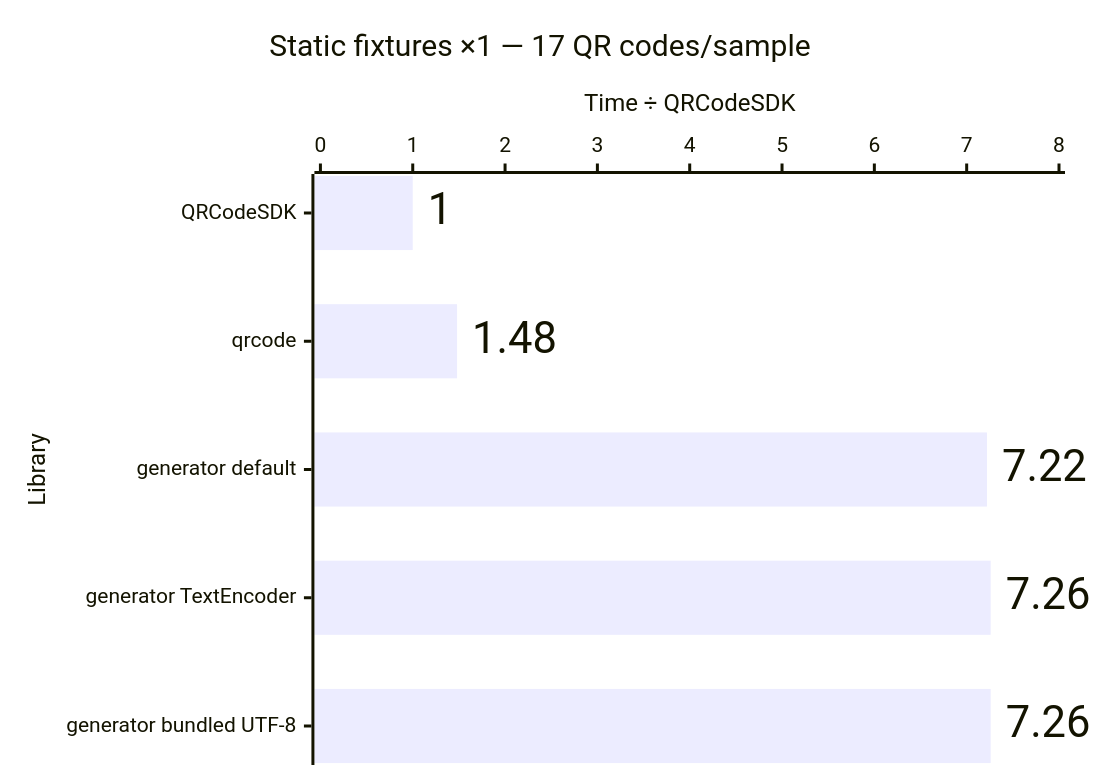
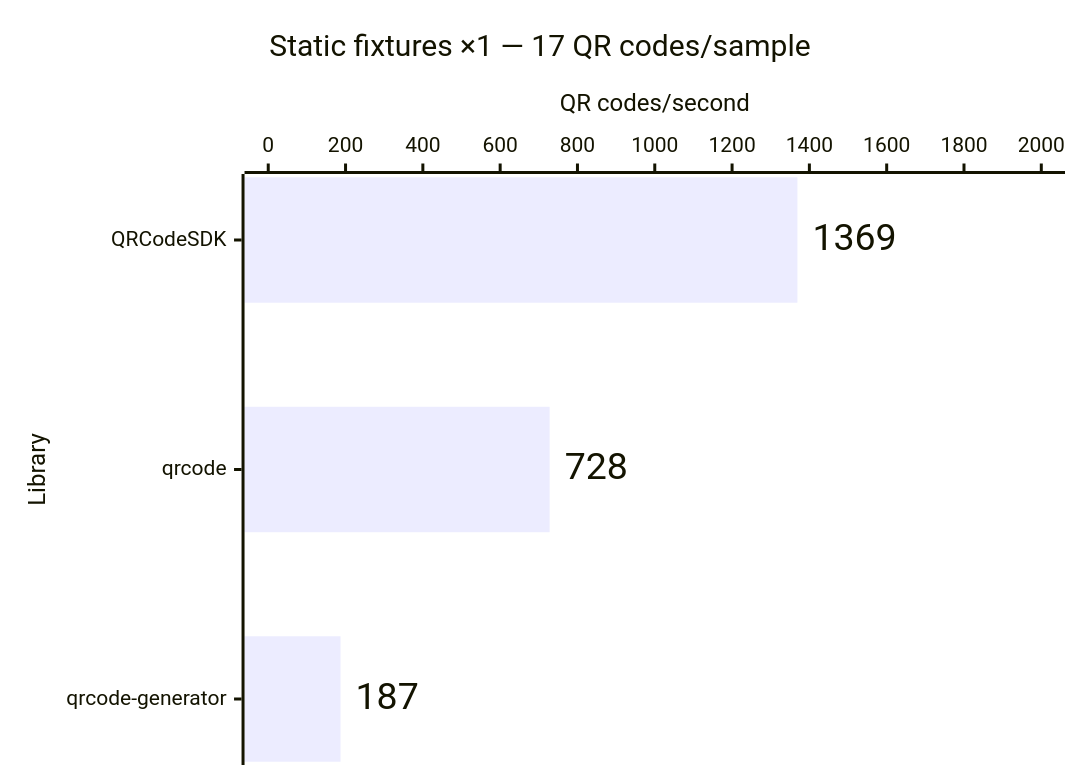
The fifth of 14 diagrams in apps/docs/src/content/docs/learn/performance.md (Dafnik/qrcodesdk), drawn with Mermaid before and after one commit. The commit also changed other lines of this file and 21 other files, not shown here.

````diff
--- a/apps/docs/src/content/docs/learn/performance.md
+++ b/apps/docs/src/content/docs/learn/performance.md
@@ -120,15 +115,15 @@
 ```mermaid
 ---
 config:
   xyChart:
     showDataLabel: true
     showDataLabelOutsideBar: true
 ---
 xychart horizontal
   accTitle: Automatic matrix generation: Static fixtures ×1 — 17 QR codes/sample
-  accDescr: Relative median time compared with QRCodeSDK. QRCodeSDK 1.00 times, qrcode 1.48 times, generator default 7.22 times, generator TextEncoder 7.26 times, generator bundled UTF-8 7.26 times. Lower is better.
+  accDescr: Throughput calculated from median time. QRCodeSDK 1,369 QR codes per second, qrcode 728 QR codes per second, qrcode-generator 187 QR codes per second. Higher is better.
   title "Static fixtures ×1 — 17 QR codes/sample"
-  x-axis "Library" ["QRCodeSDK", "qrcode", "generator default", "generator TextEncoder", "generator bundled UTF-8"]
-  y-axis "Time ÷ QRCodeSDK" 0 --> 8.0
-  bar [1.00, 1.48, 7.22, 7.26, 7.26]
+  x-axis "Library" ["QRCodeSDK", "qrcode", "qrcode-generator"]
+  y-axis "QR codes/second" 0 --> 2000
+  bar [1369, 728, 187]
 ```
````
